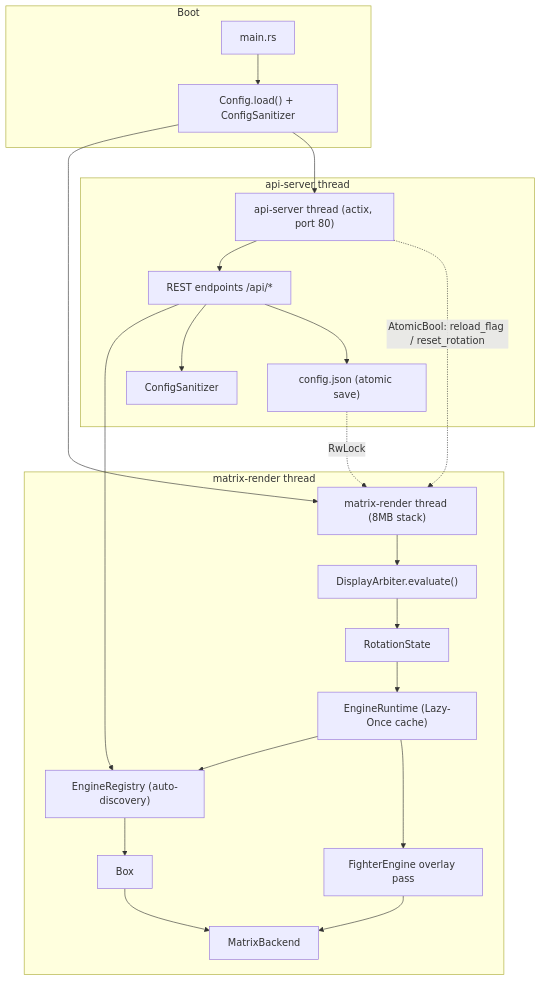
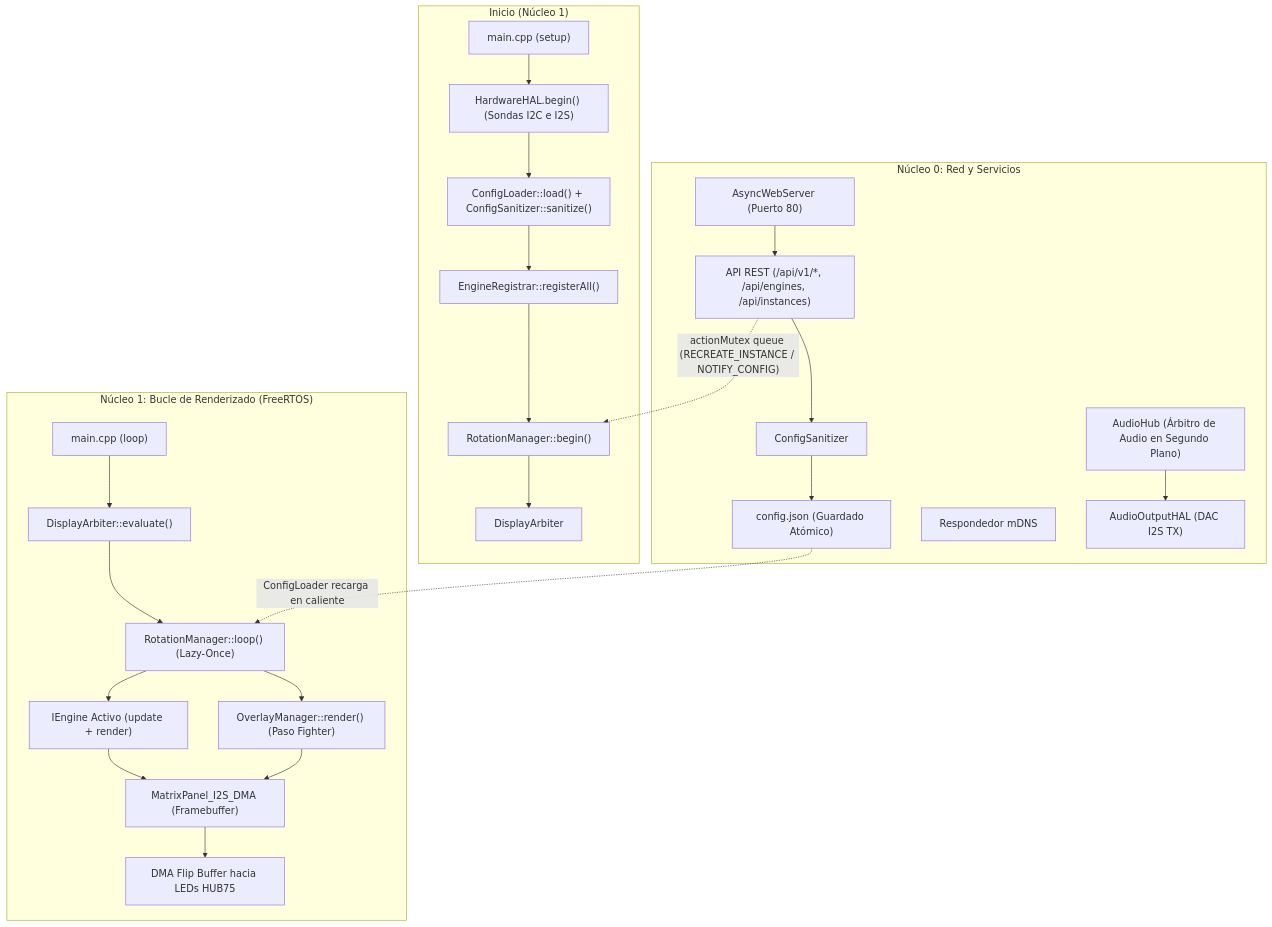
The diagram in docs/ARCHITECTURE_ES.md (red77290/ArcadeMatrix), drawn with Mermaid before and after one commit. The commit also changed other lines of this file and 5 other files, not shown here.

Commit message:
docs(arch): resync ARCHITECTURE and CONFIGURATION with modern ESP32 C++ FreeRTOS contracts

````diff
--- a/docs/ARCHITECTURE_ES.md
+++ b/docs/ARCHITECTURE_ES.md
@@ -48,30 +47,33 @@
 ```mermaid
 flowchart TD
-    subgraph Boot
-        MAIN["main.rs"] --> CFG["Config.load() + ConfigSanitizer"]
+    subgraph Boot["Inicio (Núcleo 1)"]
+        MAIN["main.cpp (setup)"] --> HAL["HardwareHAL.begin() (Sondas I2C e I2S)"]
+        HAL --> CFG["ConfigLoader::load() + ConfigSanitizer::sanitize()"]
+        CFG --> REG["EngineRegistrar::registerAll()"]
+        REG --> RM["RotationManager::begin()"]
+        RM --> ARB["DisplayArbiter"]
     end
 
-    CFG --> REND["matrix-render thread (8MB stack)"]
-    CFG --> API["api-server thread (actix, port 80)"]
-
-    subgraph RenderThread["matrix-render thread"]
-        REND --> ARB["DisplayArbiter.evaluate()"]
-        ARB --> ROT["RotationState"]
-        ROT --> RT["EngineRuntime (Lazy-Once cache)"]
-        RT --> REG["EngineRegistry (auto-discovery)"]
-        REG --> ENG["Box<dyn Engine>"]
-        ENG --> MX["MatrixBackend"]
-        RT --> OV["FighterEngine overlay pass"]
-        OV --> MX
+    subgraph Core0["Núcleo 0: Red y Servicios"]
+        WS["AsyncWebServer (Puerto 80)"]
+        WS --> API["API REST (/api/v1/*, /api/engines, /api/instances)"]
+        API --> SAN["ConfigSanitizer"]
+        SAN --> SAVE["config.json (Guardado Atómico)"]
+        MDNS["Respondedor mDNS"]
+        AH["AudioHub (Árbitro de Audio en Segundo Plano)"]
+        AH --> AHAL["AudioOutputHAL (DAC I2S TX)"]
     end
 
-    subgraph ApiThread["api-server thread"]
-        API --> EP["REST endpoints /api/*"]
-        EP --> REG
-        EP --> SAN["ConfigSanitizer"]
-        EP --> SAVE["config.json (atomic save)"]
+    subgraph Core1["Núcleo 1: Bucle de Renderizado (FreeRTOS)"]
+        LOOP["main.cpp (loop)"] --> ARB_EVAL["DisplayArbiter::evaluate()"]
+        ARB_EVAL --> RM_LOOP["RotationManager::loop() (Lazy-Once)"]
+        RM_LOOP --> ENG["IEngine Activo (update + render)"]
+        ENG --> MATRIX["MatrixPanel_I2S_DMA (Framebuffer)"]
+        RM_LOOP --> OV["OverlayManager::render() (Paso Fighter)"]
+        OV --> MATRIX
+        MATRIX --> DMA["DMA Flip Buffer hacia LEDs HUB75"]
     end
 
-    API -.->|"AtomicBool: reload_flag / reset_rotation"| REND
-    SAVE -.->|"RwLock<ConfigSettings>"| REND
+    API -.->|"actionMutex queue (RECREATE_INSTANCE / NOTIFY_CONFIG)"| RM
+    SAVE -.->|"ConfigLoader recarga en caliente"| RM_LOOP
 ```
````
